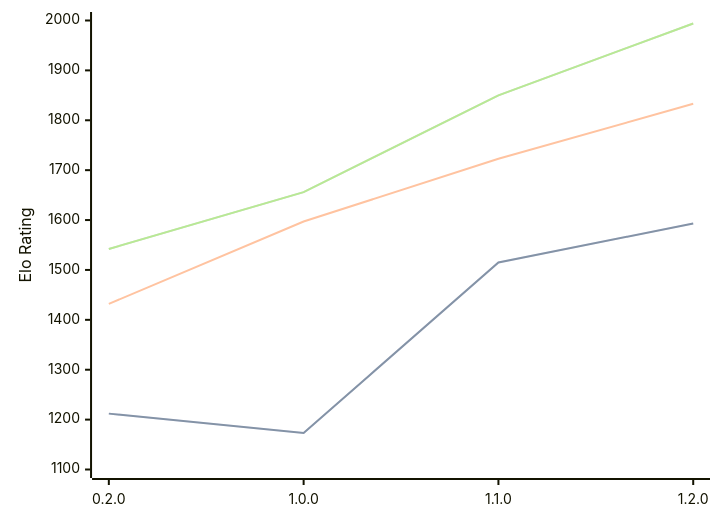
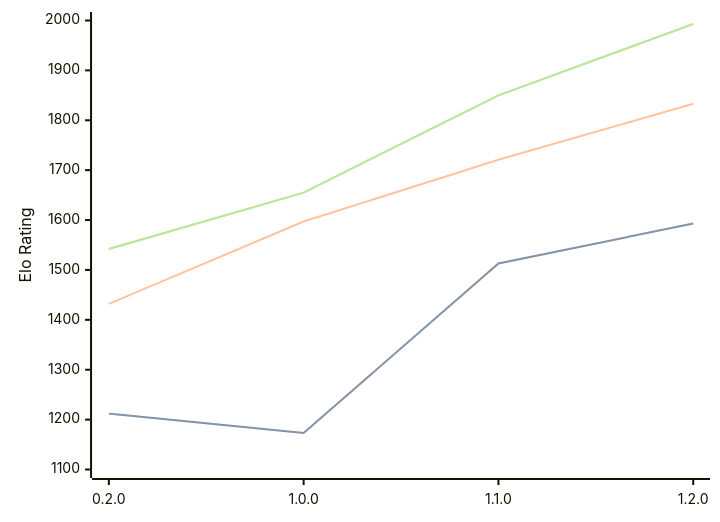
The diagram in engines/Zeppelin.md (computer-chess-index/cci), drawn with Mermaid before and after one commit. The commit also changed other lines of this file, not shown here.

Commit message:
Update CCI Ratings (ELO VLTC) - 2026-02-27

````diff
--- a/engines/Zeppelin.md
+++ b/engines/Zeppelin.md
@@ -34,11 +34,11 @@
 ```mermaid
 %%{init: {"theme":"base","themeVariables":{"seriesColors:['#a3a3a3','#222221','#faa371']}}}%%
 xychart-beta
   x-axis ["0.2.0", "1.0.0", "1.1.0", "1.2.0"]
   y-axis "Elo Rating" 1100 --> 2000
-  line "STC (8.0+0.08s)" [1212, 1173, 1515, 1593]
-  line "STC (8.0+0.08s)" [1212, 1173, 1515, 1593]
-  line "LTC (60.0+0.60s)" [1432, 1597, 1723, 1833]
-  line "VLTC (2m24s+1.12s)" [1542, 1656, 1850, 1994]
-  line "VLTC (2m24s+1.12s)" [1542, 1656, 1850, 1994]
+  line "STC (8.0+0.08s)" [1212, 1173, 1513, 1593]
+  line "STC (8.0+0.08s)" [1212, 1173, 1513, 1593]
+  line "LTC (60.0+0.60s)" [1432, 1597, 1721, 1833]
+  line "VLTC (2m24s+1.12s)" [1542, 1655, 1850, 1993]
+  line "VLTC (2m24s+1.12s)" [1542, 1655, 1850, 1993]
 ```
````
